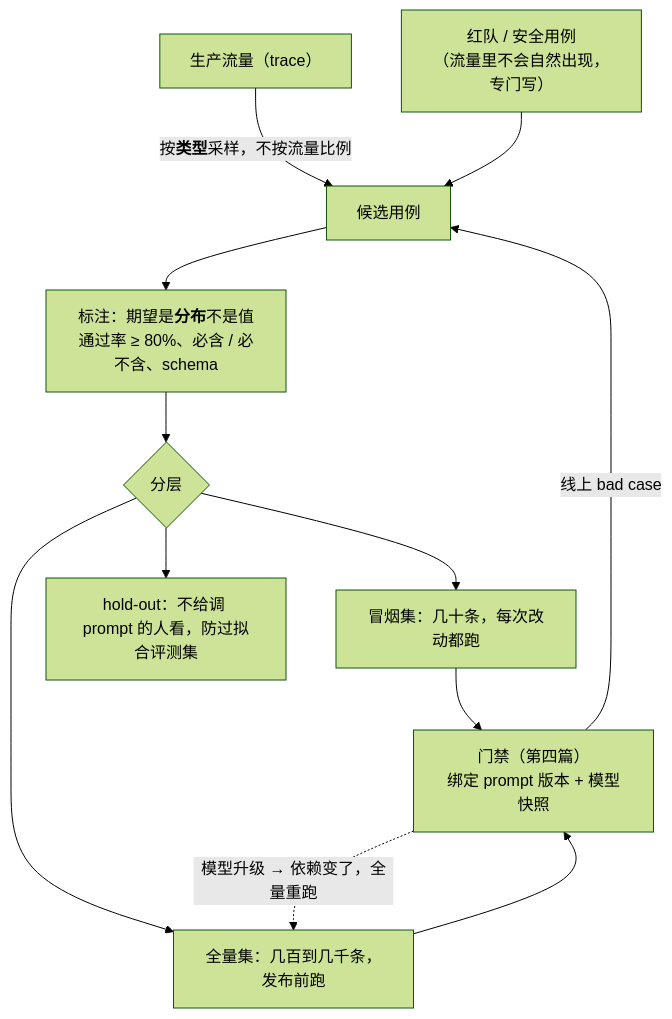
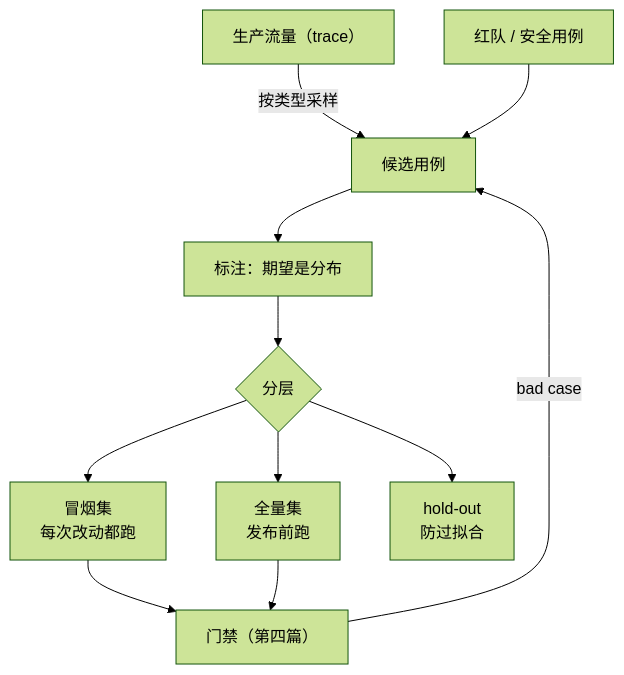
One commit to arganzheng/arganzheng.github.com changed the second of 9 diagrams in slides/2026-11-06-evals-and-observability.md. Above: the diagram before and after it, drawn with Mermaid (forest theme). The commit also changed other lines of this file, not shown here.

Commit message:
slides/evals-and-observability: cut/shorten mermaid diagrams below 14px rendered text (check-render smalltext/overlap)

````diff
--- a/slides/2026-11-06-evals-and-observability.md
+++ b/slides/2026-11-06-evals-and-observability.md
@@ -42,15 +41,15 @@
 ```mermaid
 %%{init: {"flowchart": {"wrappingWidth": 180}}}%%
 flowchart TB
-    L["生产流量（trace）"] -- "按<b>类型</b>采样，不按流量比例" --> S["候选用例"]
-    R["红队 / 安全用例<br/>（流量里不会自然出现，专门写）"] --> S
-    S --> A["标注：期望是<b>分布</b>不是值<br/>通过率 ≥ 80%、必含 / 必不含、schema"]
+    L["生产流量（trace）"] -- "按类型采样" --> S["候选用例"]
+    R["红队 / 安全用例"] --> S
+    S --> A["标注：期望是分布"]
     A --> T{"分层"}
-    T --> T1["冒烟集：几十条，每次改动都跑"]
-    T --> T2["全量集：几百到几千条，发布前跑"]
-    T --> T3["hold-out：不给调 prompt 的人看，防过拟合评测集"]
-    T1 & T2 --> G["门禁（第四篇）<br/>绑定 prompt 版本 + 模型快照"]
-    G -- "线上 bad case" --> S
-    G -. "模型升级 → 依赖变了，全量重跑" .-> T2
+    T --> T1["冒烟集<br/>每次改动都跑"]
+    T --> T2["全量集<br/>发布前跑"]
+    T --> T3["hold-out<br/>防过拟合"]
+    T1 & T2 --> G["门禁（第四篇）"]
+    G -- "bad case" --> S
+    
 
 ```
````
